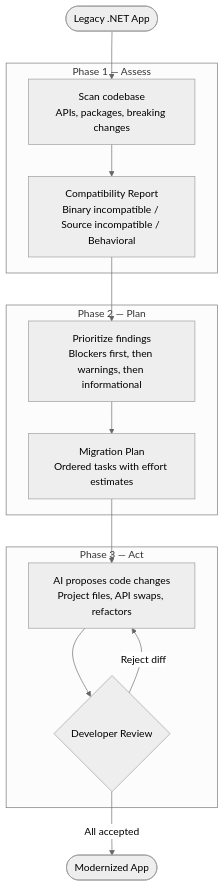
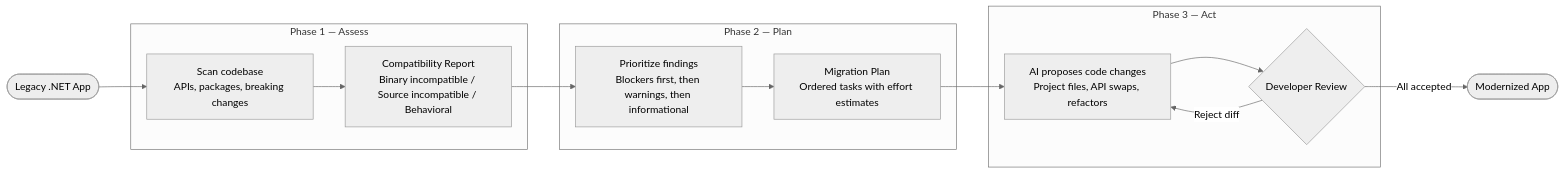
Before and after one commit to microsoft/dotnet-modernization-for-beginners: the diagram in 00-introduction/README.md, drawn with Mermaid (neutral theme).

Commit message:
fix(ch00): change mermaid diagram to left-right layout

````diff
--- a/00-introduction/README.md
+++ b/00-introduction/README.md
@@ -67,31 +67,31 @@
 ```mermaid
-flowchart TD
+flowchart LR
     START([Legacy .NET App])
 
     START --> ASSESS
 
     subgraph PHASE1 ["Phase 1 — Assess"]
         ASSESS["Scan codebase<br/>APIs, packages, breaking changes"]
         REPORT["Compatibility Report<br/>Binary incompatible / Source incompatible / Behavioral"]
         ASSESS --> REPORT
     end
 
     REPORT --> PLAN
 
     subgraph PHASE2 ["Phase 2 — Plan"]
         PLAN["Prioritize findings<br/>Blockers first, then warnings, then informational"]
         MIGRATION["Migration Plan<br/>Ordered tasks with effort estimates"]
         PLAN --> MIGRATION
     end
 
     MIGRATION --> ACT
 
     subgraph PHASE3 ["Phase 3 — Act"]
         ACT["AI proposes code changes<br/>Project files, API swaps, refactors"]
         REVIEW{Developer Review}
         ACT --> REVIEW
     end
 
     REVIEW -->|Reject diff| ACT
     REVIEW -->|All accepted| DONE([Modernized App])
 ```
````
